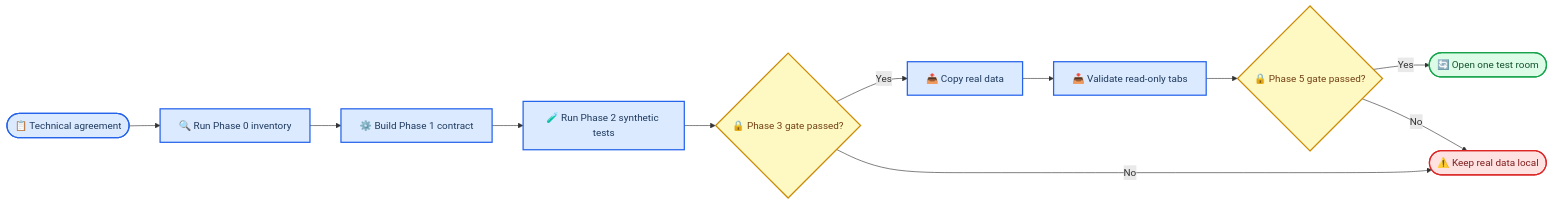
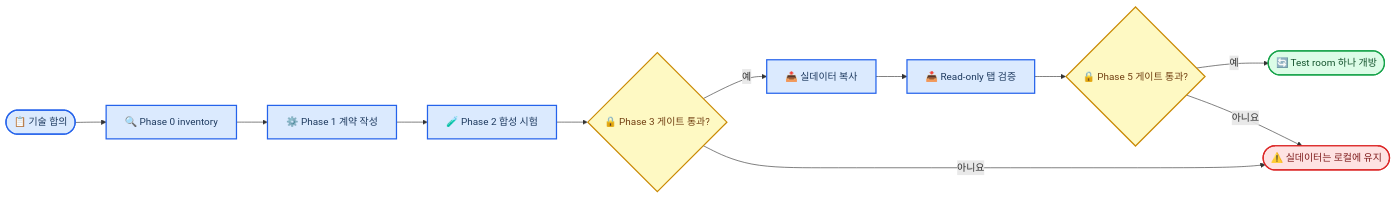
One commit to UHLUHLUHL/gagaodok changed the diagram in docs/CROSS_DEVICE_SYNC_AGREEMENT.md. Above: the diagram before and after it, drawn with Mermaid. The commit also changed other lines of this file and 1 other file, not shown here.

First line of the commit message:
동기화 합의문을 한국어로 보완

````diff
--- a/docs/CROSS_DEVICE_SYNC_AGREEMENT.md
+++ b/docs/CROSS_DEVICE_SYNC_AGREEMENT.md
@@ -179,26 +227,26 @@
 ```mermaid
 flowchart LR
-    accTitle: Cross Device Sync Gates
-    accDescr: Rollout advances from local inventory through synthetic cloud tests to real shadow upload, read-only display, and one-room bidirectional sync only after each required gate passes.
+    accTitle: 크로스 디바이스 동기화 단계별 게이트
+    accDescr: 로컬 inventory와 합성 cloud 시험을 거쳐 각 필수 게이트를 통과한 경우에만 실데이터 shadow upload, read-only 표시, 한 개 방 양방향 동기화로 진행한다.
 
-    agreement([📋 Technical agreement]) --> inventory[🔍 Run Phase 0 inventory]
-    inventory --> contract[⚙️ Build Phase 1 contract]
-    contract --> synthetic[🧪 Run Phase 2 synthetic tests]
-    synthetic --> phase_three_gate{🔒 Phase 3 gate passed?}
-    phase_three_gate -->|Yes| shadow_upload[📤 Copy real data]
-    phase_three_gate -->|No| blocked([⚠️ Keep real data local])
-    shadow_upload --> read_only[📥 Validate read-only tabs]
-    read_only --> phase_five_gate{🔒 Phase 5 gate passed?}
-    phase_five_gate -->|Yes| bidirectional([🔄 Open one test room])
-    phase_five_gate -->|No| blocked
+    agreement([📋 기술 합의]) --> inventory[🔍 Phase 0 inventory]
+    inventory --> contract[⚙️ Phase 1 계약 작성]
+    contract --> synthetic[🧪 Phase 2 합성 시험]
+    synthetic --> phase_three_gate{🔒 Phase 3 게이트 통과?}
+    phase_three_gate -->|예| shadow_upload[📤 실데이터 복사]
+    phase_three_gate -->|아니요| blocked([⚠️ 실데이터는 로컬에 유지])
+    shadow_upload --> read_only[📥 Read-only 탭 검증]
+    read_only --> phase_five_gate{🔒 Phase 5 게이트 통과?}
+    phase_five_gate -->|예| bidirectional([🔄 Test room 하나 개방])
+    phase_five_gate -->|아니요| blocked
 
     classDef process fill:#dbeafe,stroke:#2563eb,stroke-width:2px,color:#1e3a5f
     classDef decision fill:#fef9c3,stroke:#ca8a04,stroke-width:2px,color:#713f12
     classDef success fill:#dcfce7,stroke:#16a34a,stroke-width:2px,color:#14532d
     classDef blocked_style fill:#fee2e2,stroke:#dc2626,stroke-width:2px,color:#7f1d1d
 
     class agreement,inventory,contract,synthetic,shadow_upload,read_only process
     class phase_three_gate,phase_five_gate decision
     class bidirectional success
     class blocked blocked_style
 ```
````
